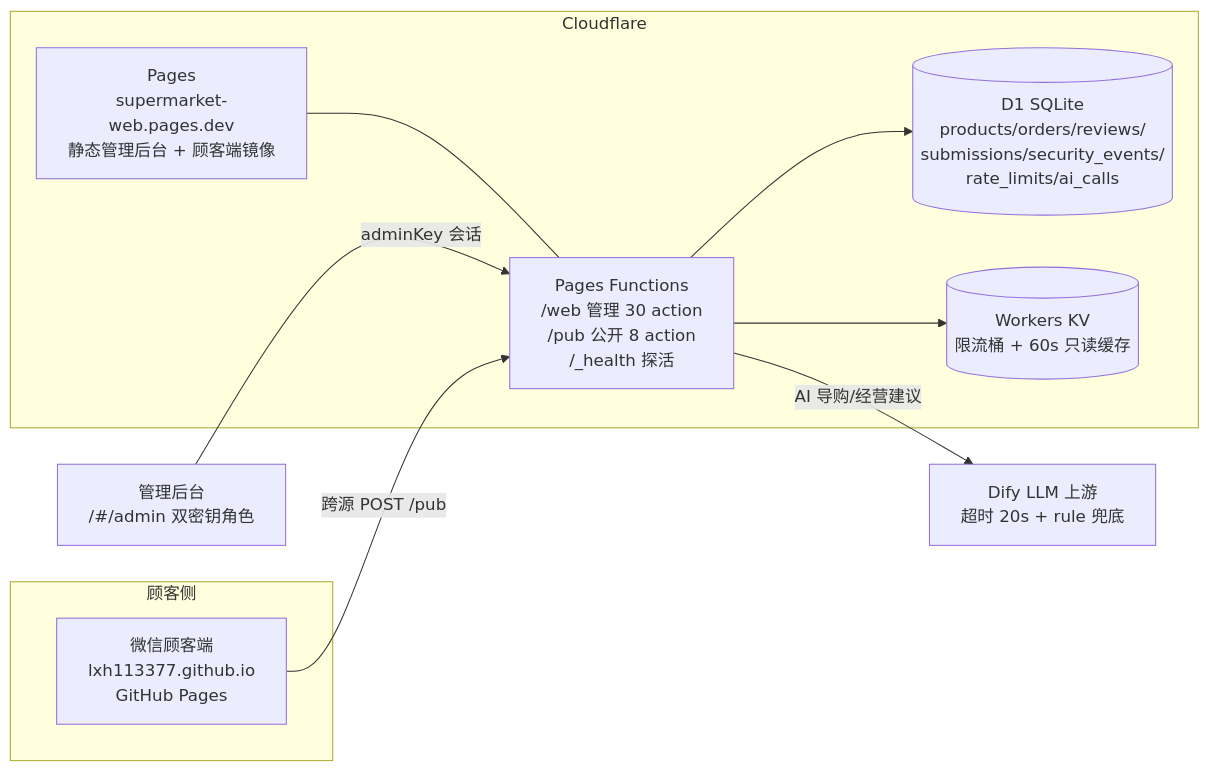
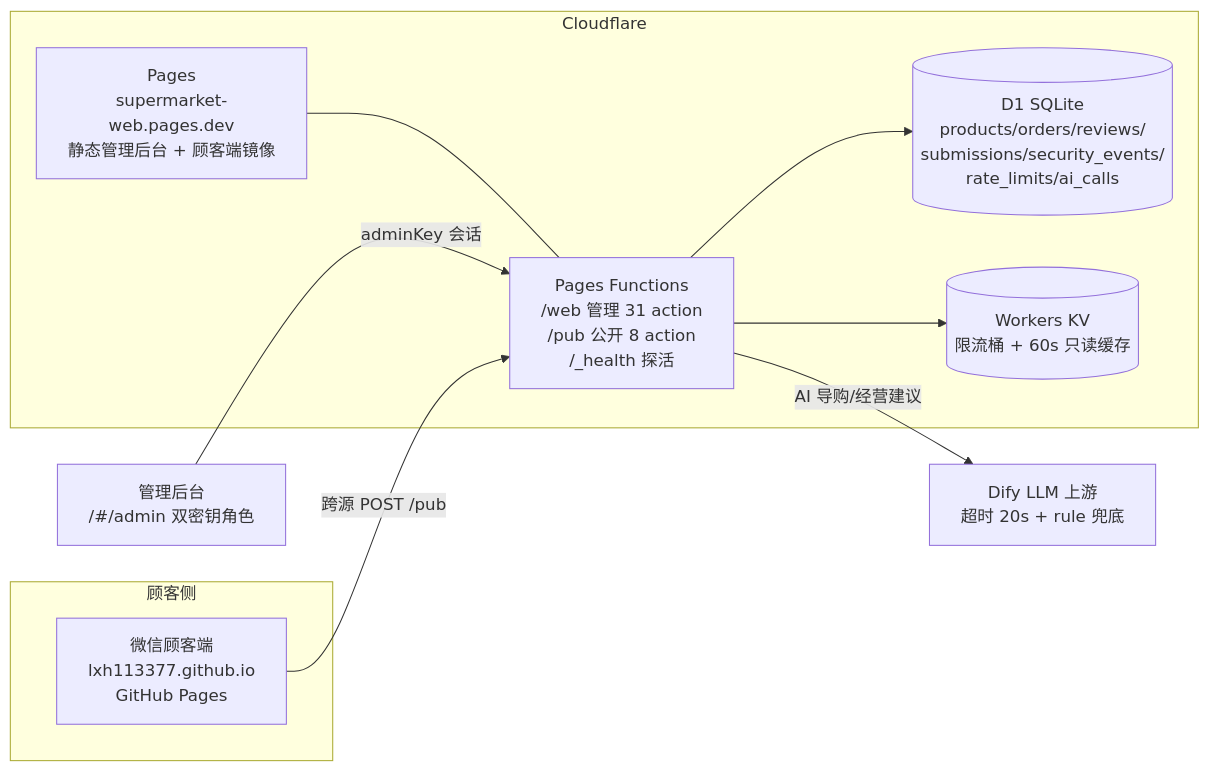
One commit to lxh113377/supermarket-web changed the diagram in docs/ARCHITECTURE.md. Above: the diagram before and after it, drawn with Mermaid. The commit also changed 22 other files, not shown here.

````diff
--- a/docs/ARCHITECTURE.md
+++ b/docs/ARCHITECTURE.md
@@ -9,18 +9,18 @@
 ```mermaid
 flowchart LR
   subgraph 顾客侧
     C1[微信顾客端<br/>lxh113377.github.io<br/>GitHub Pages]
   end
   subgraph Cloudflare
     P[Pages<br/>supermarket-web.pages.dev<br/>静态管理后台 + 顾客端镜像]
-    F[Pages Functions<br/>/web 管理 30 action<br/>/pub 公开 8 action<br/>/_health 探活]
+    F[Pages Functions<br/>/web 管理 31 action<br/>/pub 公开 8 action<br/>/_health 探活]
     D[(D1 SQLite<br/>products/orders/reviews/<br/>submissions/security_events/<br/>rate_limits/ai_calls)]
     KV[(Workers KV<br/>限流桶 + 60s 只读缓存)]
   end
   A[管理后台<br/>/#/admin 双密钥角色] -->|adminKey 会话| F
   C1 -->|跨源 POST /pub| F
   P --- F
   F --> D
   F --> KV
   F -->|AI 导购/经营建议| dify[Dify LLM 上游<br/>超时 20s + rule 兜底]
 ```
````
